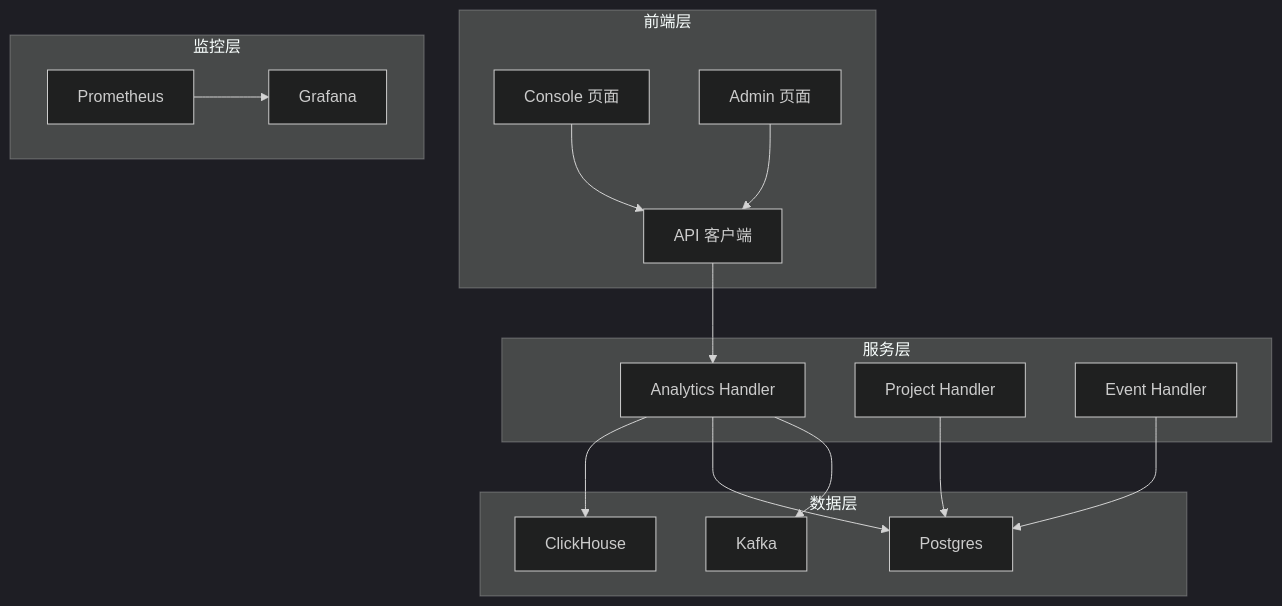
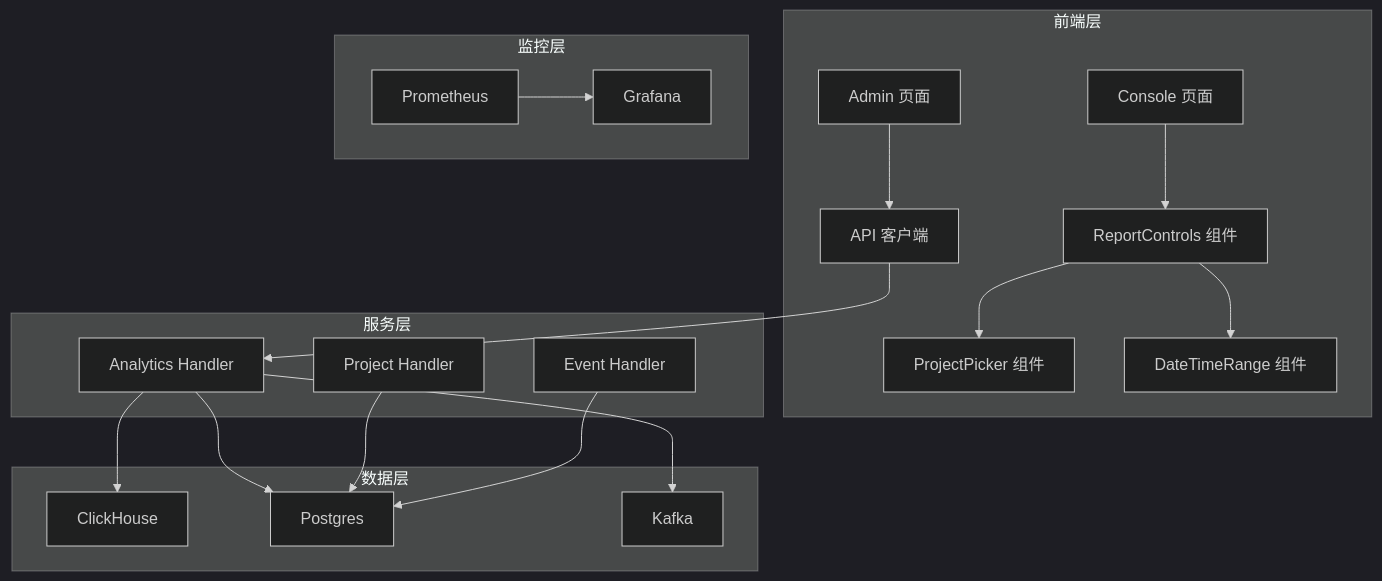
The eighth of 8 diagrams in .qoder/repowiki/zh/content/Web控制台/数据分析面板.md (zhen-zhong/AeroLog), drawn with Mermaid (dark theme) before and after one commit. The commit also changed other lines of this file and 26 other files, not shown here.

````diff
--- a/.qoder/repowiki/zh/content/Web控制台/数据分析面板.md
+++ b/.qoder/repowiki/zh/content/Web控制台/数据分析面板.md
@@ -361,31 +442,36 @@
 ```mermaid
 graph TB
 subgraph "前端层"
 CONSOLE[Console 页面]
 ADMIN[Admin 页面]
 API_CLIENT[API 客户端]
+REPORT_CONTROLS[ReportControls 组件]
+PROJECT_PICKER[ProjectPicker 组件]
+DATE_TIME_RANGE[DateTimeRange 组件]
 end
 subgraph "服务层"
 ANALYTICS_HANDLER[Analytics Handler]
 PROJECT_HANDLER[Project Handler]
 EVENT_HANDLER[Event Handler]
 end
 subgraph "数据层"
 CLICKHOUSE[ClickHouse]
 POSTGRES[Postgres]
 KAFKA[Kafka]
 end
 subgraph "监控层"
 PROMETHEUS[Prometheus]
 GRAFANA[Grafana]
 end
-CONSOLE --> API_CLIENT
+CONSOLE --> REPORT_CONTROLS
+REPORT_CONTROLS --> PROJECT_PICKER
+REPORT_CONTROLS --> DATE_TIME_RANGE
 ADMIN --> API_CLIENT
 API_CLIENT --> ANALYTICS_HANDLER
 ANALYTICS_HANDLER --> CLICKHOUSE
 ANALYTICS_HANDLER --> POSTGRES
 PROJECT_HANDLER --> POSTGRES
 EVENT_HANDLER --> POSTGRES
 ANALYTICS_HANDLER --> KAFKA
 PROMETHEUS --> GRAFANA
 ```
````
